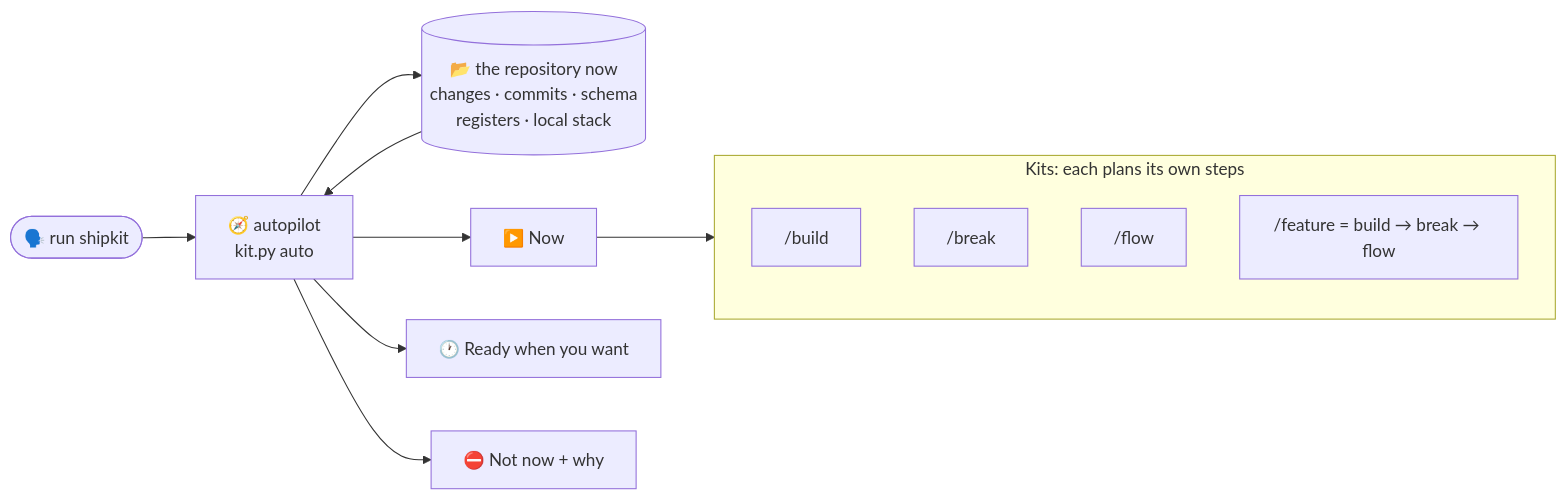
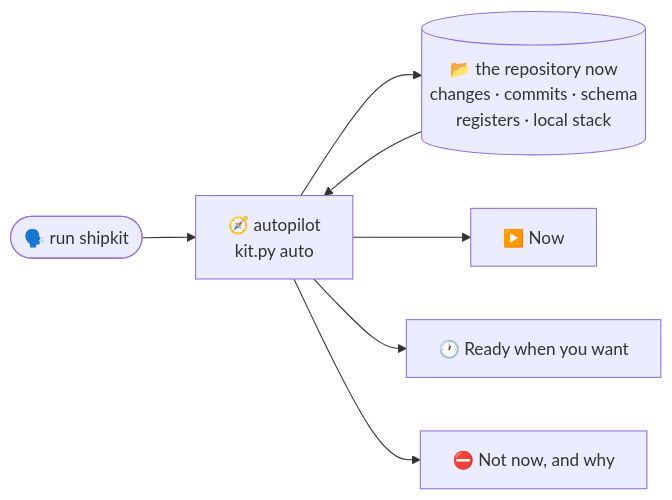
The second of 5 diagrams in README.md (kshanxs/shipkit), drawn with Mermaid before and after one commit. The commit also changed other lines of this file, not shown here.

First line of the commit message:
docs: rewrite the README around the build, test, document and learn loop (#49)

````diff
--- a/README.md
+++ b/README.md
@@ -125,17 +110,9 @@
 ```mermaid
 flowchart LR
     you(["🗣️ run shipkit"]) --> auto["🧭 autopilot<br/>kit.py auto"]
     auto --> state[("📂 the repository now<br/>changes · commits · schema<br/>registers · local stack")]
     state --> auto
     auto --> now["▶️ Now"]
     auto --> ready["🕐 Ready when you want"]
-    auto --> notnow["⛔ Not now + why"]
-    now --> kits
-    subgraph kits["Kits: each plans its own steps"]
-        direction TB
-        build["/build"]
-        brk["/break"]
-        flow["/flow"]
-        feat["/feature = build → break → flow"]
-    end
+    auto --> notnow["⛔ Not now, and why"]
 ```
````
